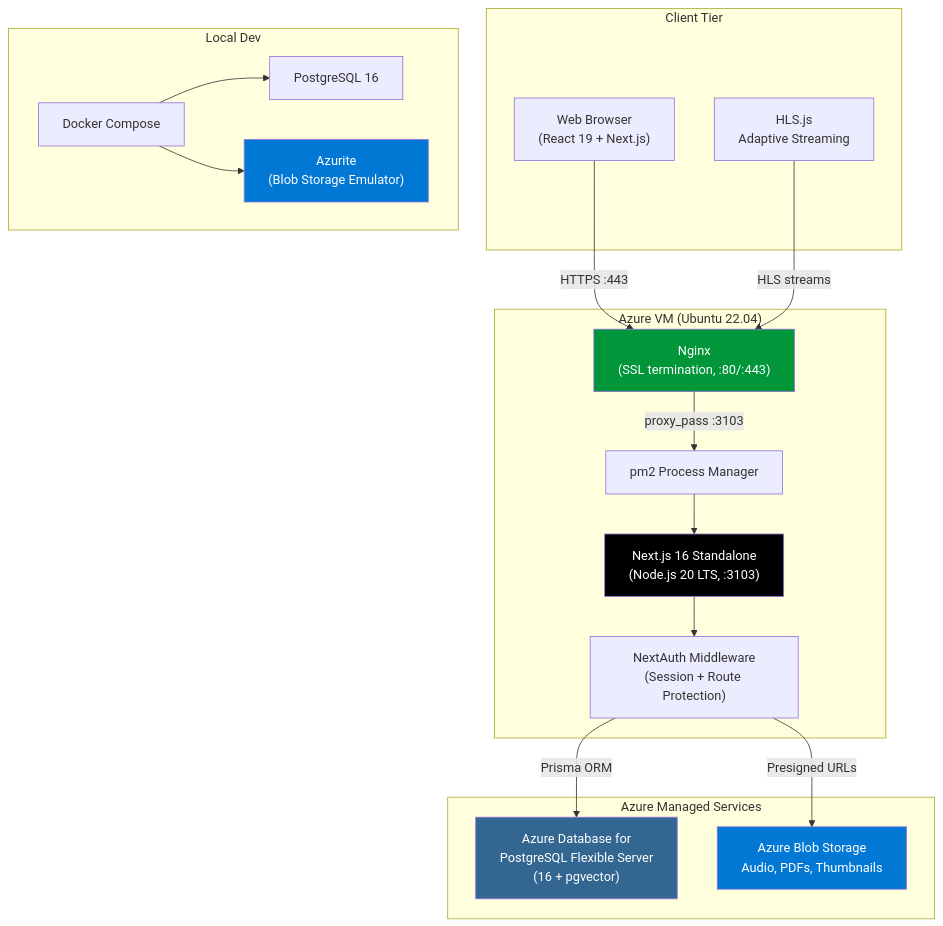
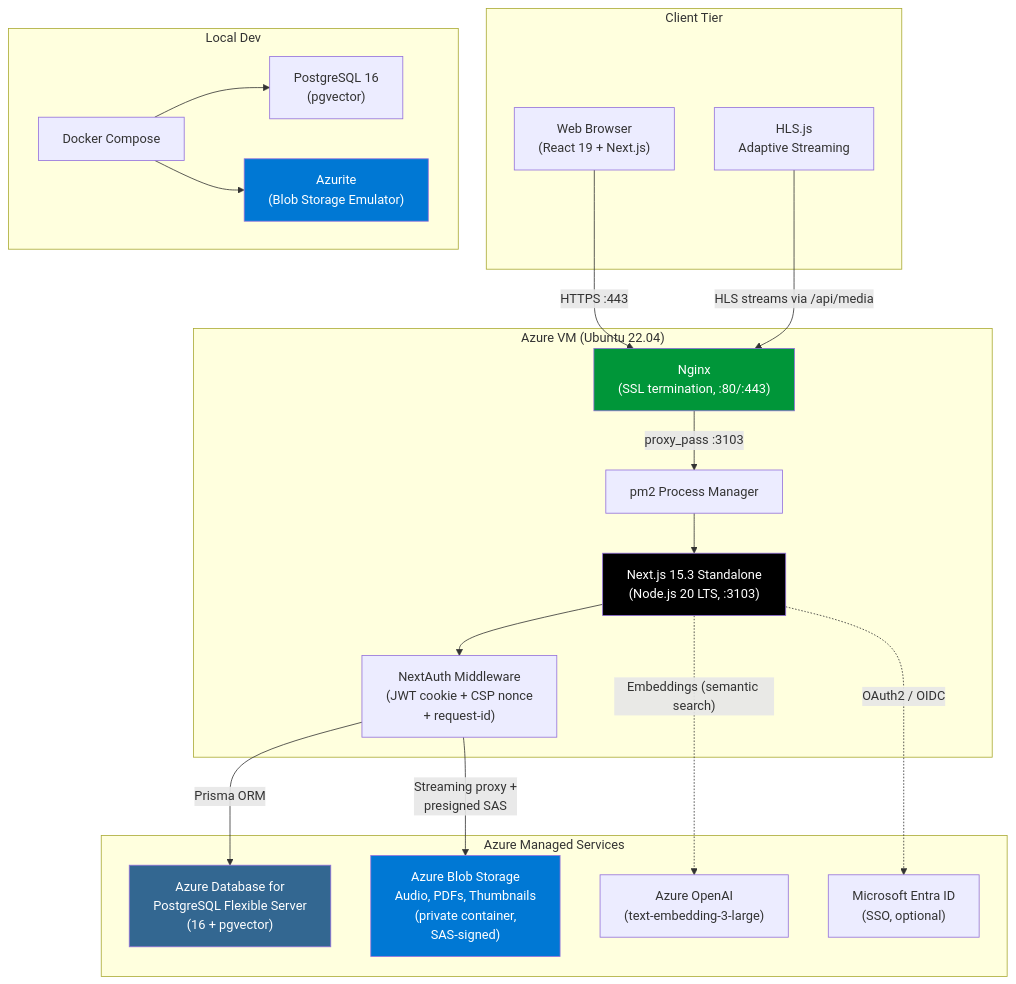
The fourth of 7 diagrams in docs/architecture-diagrams.md (RoshanJ20/podcasthub), drawn with Mermaid before and after one commit. The commit also changed other lines of this file and 51 other files, not shown here.

First line of the commit message:
docs: refresh top-level docs, CLAUDE/AGENTS rules, architecture diagrams, and changelog

````diff
--- a/docs/architecture-diagrams.md
+++ b/docs/architecture-diagrams.md
@@ -296,41 +389,45 @@
 ```mermaid
 graph TB
     subgraph "Client Tier"
         WebApp["Web Browser<br/>(React 19 + Next.js)"]
         HLS["HLS.js<br/>Adaptive Streaming"]
     end
 
     subgraph "Azure VM (Ubuntu 22.04)"
         Nginx["Nginx<br/>(SSL termination, :80/:443)"]
         PM2["pm2 Process Manager"]
-        NextJS["Next.js 16 Standalone<br/>(Node.js 20 LTS, :3103)"]
-        Middleware["NextAuth Middleware<br/>(Session + Route Protection)"]
+        NextJS["Next.js 15.3 Standalone<br/>(Node.js 20 LTS, :3103)"]
+        Middleware["NextAuth Middleware<br/>(JWT cookie + CSP nonce<br/>+ request-id)"]
     end
 
     subgraph "Azure Managed Services"
         PostgreSQL["Azure Database for<br/>PostgreSQL Flexible Server<br/>(16 + pgvector)"]
-        BlobStorage["Azure Blob Storage<br/>Audio, PDFs, Thumbnails"]
+        BlobStorage["Azure Blob Storage<br/>Audio, PDFs, Thumbnails<br/>(private container,<br/>SAS-signed)"]
+        OpenAI["Azure OpenAI<br/>(text-embedding-3-large)"]
+        EntraID["Microsoft Entra ID<br/>(SSO, optional)"]
     end
 
     subgraph "Local Dev"
         DockerCompose["Docker Compose"]
-        PGLocal["PostgreSQL 16"]
+        PGLocal["PostgreSQL 16<br/>(pgvector)"]
         Azurite["Azurite<br/>(Blob Storage Emulator)"]
     end
 
     WebApp -->|"HTTPS :443"| Nginx
-    HLS -->|"HLS streams"| Nginx
+    HLS -->|"HLS streams via /api/media"| Nginx
     Nginx -->|"proxy_pass :3103"| PM2
     PM2 --> NextJS
     NextJS --> Middleware
     Middleware -->|"Prisma ORM"| PostgreSQL
-    Middleware -->|"Presigned URLs"| BlobStorage
+    Middleware -->|"Streaming proxy +<br/>presigned SAS"| BlobStorage
+    NextJS -.->|"Embeddings (semantic search)"| OpenAI
+    NextJS -.->|"OAuth2 / OIDC"| EntraID
 
     DockerCompose --> PGLocal & Azurite
 
     style Nginx fill:#009639,color:#fff
     style PostgreSQL fill:#336791,color:#fff
     style BlobStorage fill:#0078d4,color:#fff
     style Azurite fill:#0078d4,color:#fff
     style NextJS fill:#000,color:#fff
 ```
````
